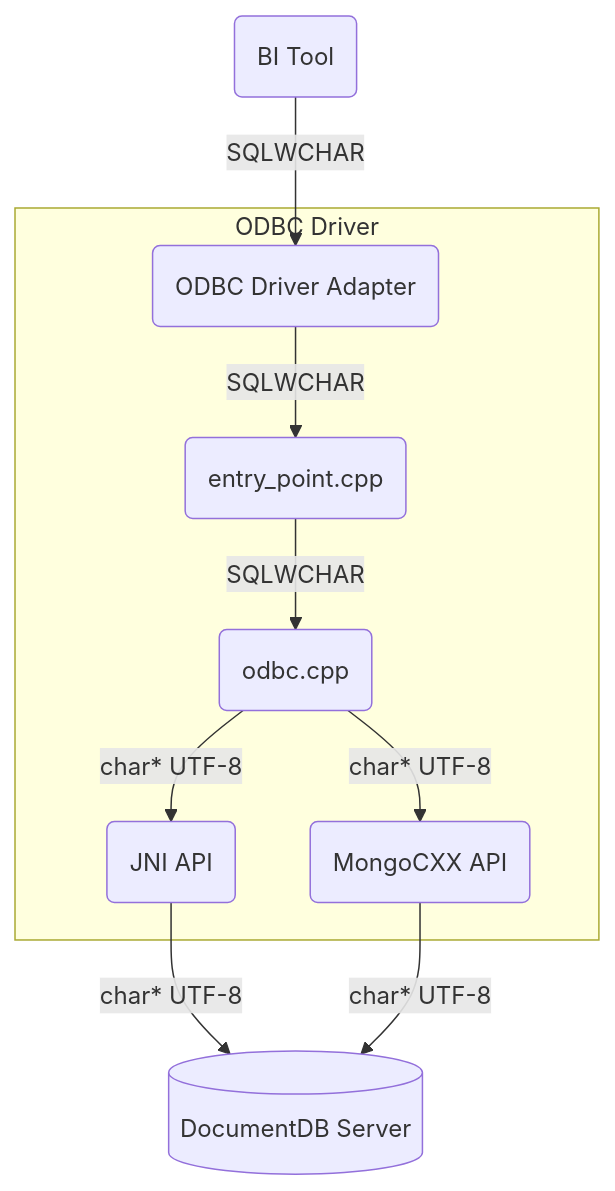
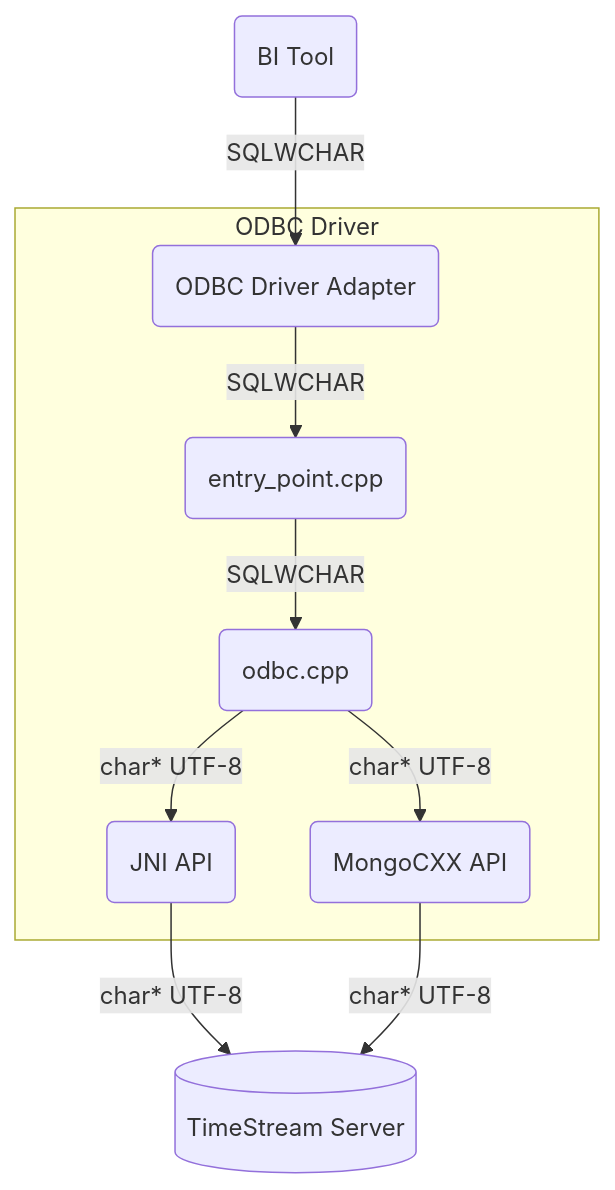
One commit to Bit-Quill/amazon-timestream-odbc-driver changed the diagram in src/markdown/support/unicode-support.md. Above: the diagram before and after it, drawn with Mermaid. The commit also changed other lines of this file and 38 other files, not shown here.

````diff
--- a/src/markdown/support/unicode-support.md
+++ b/src/markdown/support/unicode-support.md
@@ -19,12 +19,12 @@
 ```mermaid
 graph TD
     A(BI Tool) -- SQLWCHAR --> B(ODBC Driver Adapter)
     subgraph Driver [ODBC Driver]
     B -- SQLWCHAR --> C(entry_point.cpp)
     C -- SQLWCHAR --> D(odbc.cpp)
     D -- char* UTF-8 --> E(JNI API)
     D -- char* UTF-8 --> F(MongoCXX API)
     end
-    E -- char* UTF-8 --> G[(DocumentDB Server)]
+    E -- char* UTF-8 --> G[(TimeStream Server)]
     F -- char* UTF-8 --> G
 ```
````
